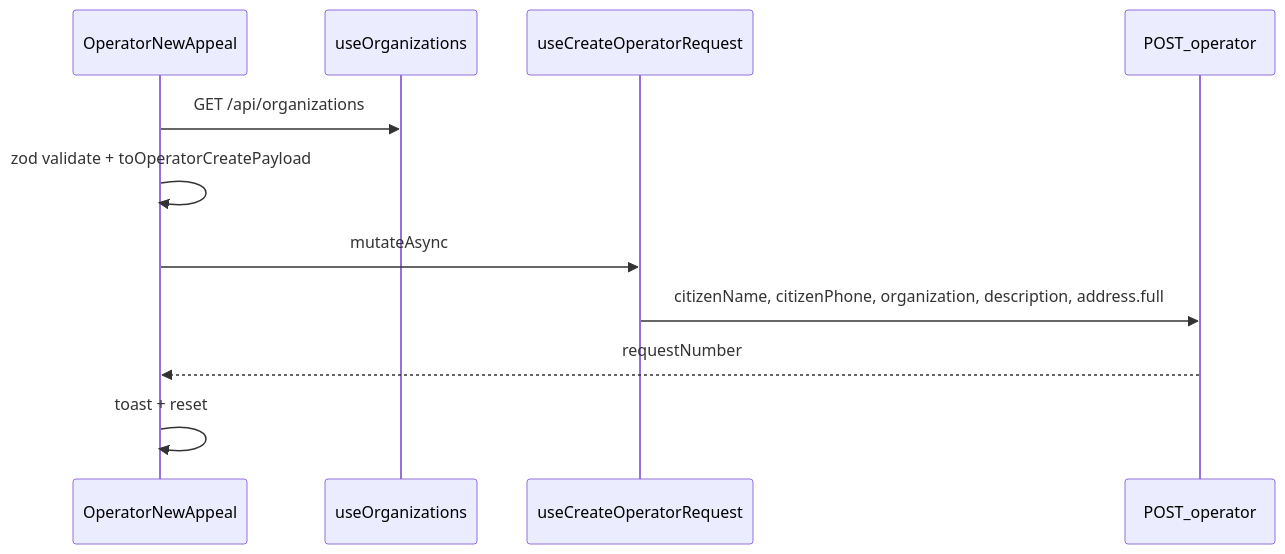
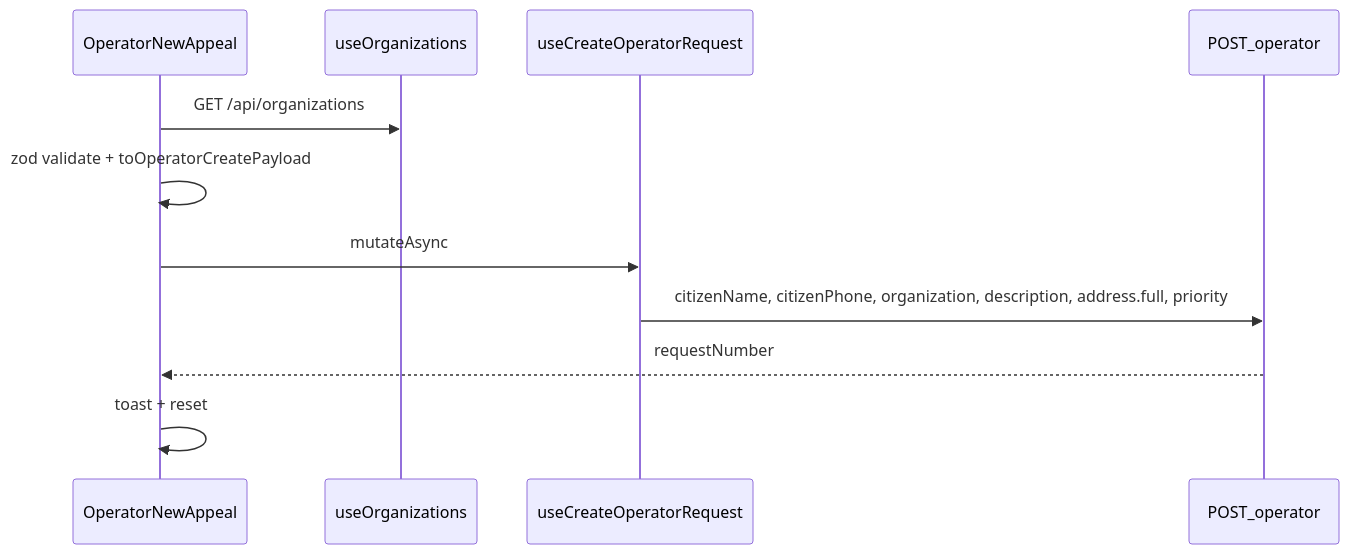
The first of 3 diagrams in src/pages/operator-dashboard/README.md (Qurbonsaid/murojaat24), drawn with Mermaid before and after one commit. The commit also changed other lines of this file and 15 other files, not shown here.

````diff
--- a/src/pages/operator-dashboard/README.md
+++ b/src/pages/operator-dashboard/README.md
@@ -27,14 +27,14 @@
 ```mermaid
 sequenceDiagram
   participant Form as OperatorNewAppeal
   participant Orgs as useOrganizations
   participant Hook as useCreateOperatorRequest
   participant API as POST_operator
 
   Form->>Orgs: GET /api/organizations
   Form->>Form: zod validate + toOperatorCreatePayload
   Form->>Hook: mutateAsync
-  Hook->>API: citizenName, citizenPhone, organization, description, address.full
+  Hook->>API: citizenName, citizenPhone, organization, description, address.full, priority
   API-->>Form: requestNumber
   Form->>Form: toast + reset
 ```
````
